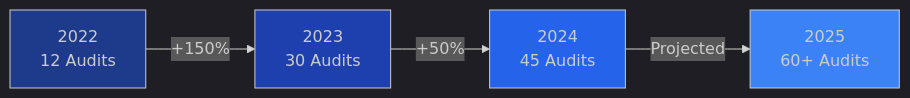
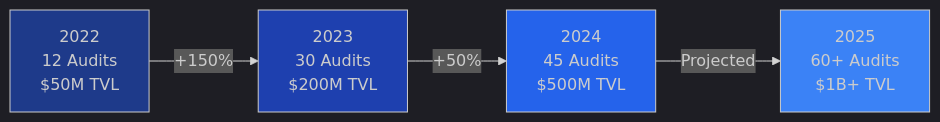
The second of 4 diagrams in README.md (CodeDemon10/GenerTIC), drawn with Mermaid before and after one commit. The commit also changed other lines of this file, not shown here.

````diff
--- a/README.md
+++ b/README.md
@@ -145,12 +210,12 @@
 ```mermaid
 %%{init: {'theme':'dark'}}%%
 graph LR
-    A[2022<br/>12 Audits] -->|+150%| B[2023<br/>30 Audits]
-    B -->|+50%| C[2024<br/>45 Audits]
-    C -->|Projected| D[2025<br/>60+ Audits]
+    A[2022<br/>12 Audits<br/>$50M TVL] -->|+150%| B[2023<br/>30 Audits<br/>$200M TVL]
+    B -->|+50%| C[2024<br/>45 Audits<br/>$500M TVL]
+    C -->|Projected| D[2025<br/>60+ Audits<br/>$1B+ TVL]
     
     style A fill:#1e3a8a
     style B fill:#1e40af
     style C fill:#2563eb
     style D fill:#3b82f6
 ```
````
